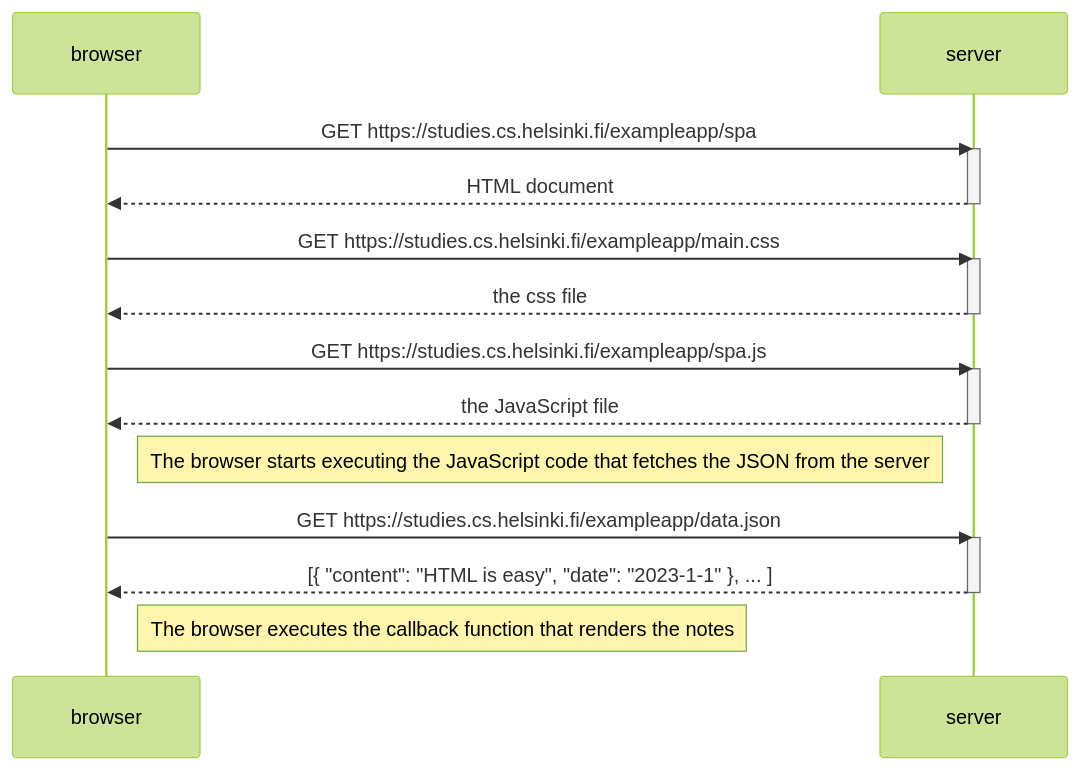
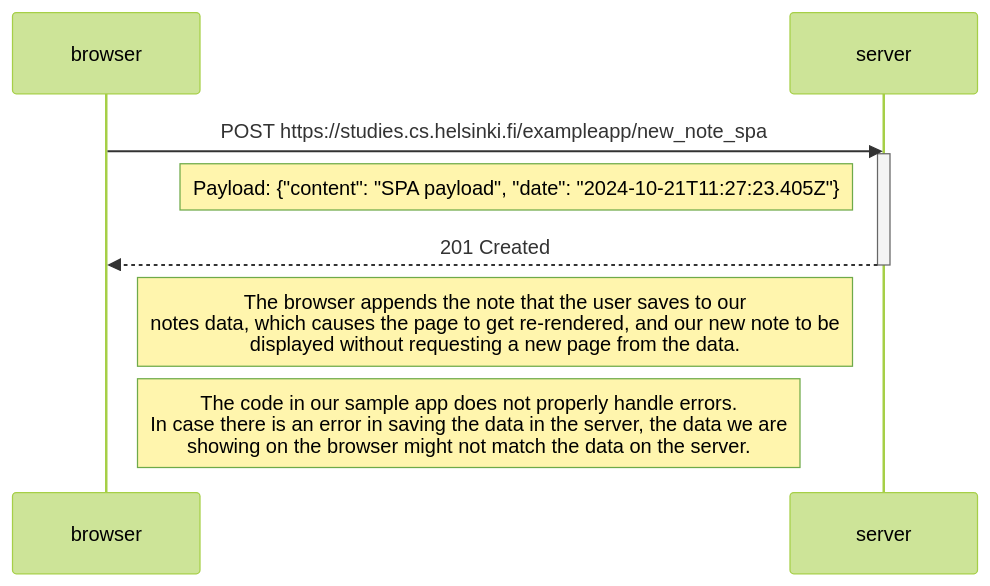
One commit to themisterkai/FullStackOpen changed the diagram in part0/0.6-new-note-SPA-diagram.md. Above: the diagram before and after it, drawn with Mermaid (forest theme).

Commit message:
update part 0.6

````diff
--- a/part0/0.6-new-note-SPA-diagram.md
+++ b/part0/0.6-new-note-SPA-diagram.md
@@ -1,29 +1,15 @@
 ```mermaid
 sequenceDiagram
     participant browser
     participant server
 
-    browser->>server: GET https://studies.cs.helsinki.fi/exampleapp/spa
+    browser->>server: POST https://studies.cs.helsinki.fi/exampleapp/new_note_spa
     activate server
-    server-->>browser: HTML document
+    Note left of server: Payload: {"content": "SPA payload", "date": "2024-10-21T11:27:23.405Z"}
+    server-->>browser: 201 Created
     deactivate server
 
-    browser->>server: GET https://studies.cs.helsinki.fi/exampleapp/main.css
-    activate server
-    server-->>browser: the css file
-    deactivate server
+    Note right of browser: The browser appends the note that the user saves to our <br>notes data, which causes the page to get re-rendered, and our new note to be <br>displayed without requesting a new page from the data.
 
-    browser->>server: GET https://studies.cs.helsinki.fi/exampleapp/spa.js
-    activate server
-    server-->>browser: the JavaScript file
-    deactivate server
-
-    Note right of browser: The browser starts executing the JavaScript code that fetches the JSON from the server
-
-    browser->>server: GET https://studies.cs.helsinki.fi/exampleapp/data.json
-    activate server
-    server-->>browser: [{ "content": "HTML is easy", "date": "2023-1-1" }, ... ]
-    deactivate server
-
-    Note right of browser: The browser executes the callback function that renders the notes
+    Note right of browser: The code in our sample app does not properly handle errors. <br>In case there is an error in saving the data in the server, the data we are <br>showing on the browser might not match the data on the server.
 ```
````
